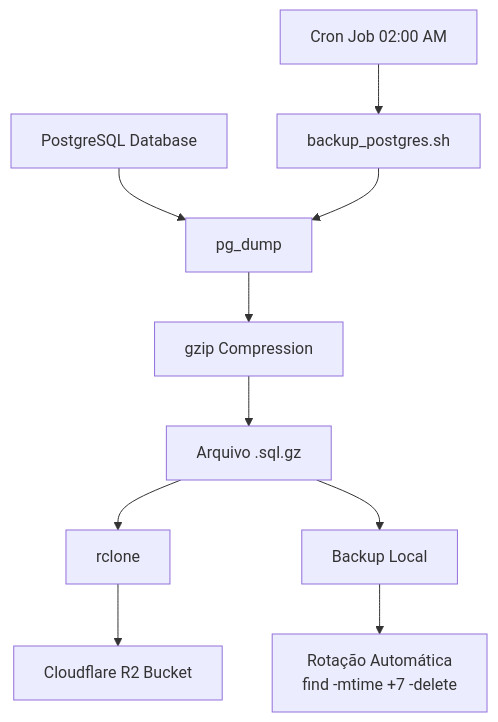
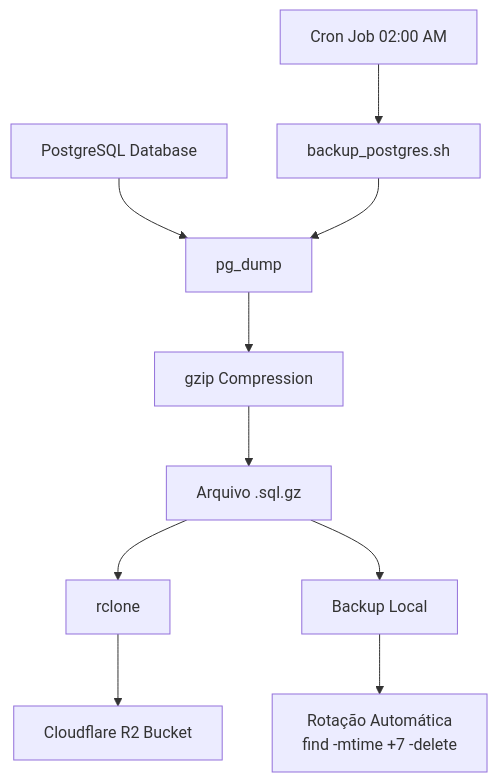
One commit to Thaysmh/postgresql-cloudflare-r2-backup changed the diagram in README.md. Above: the diagram before and after it, drawn with Mermaid.

Commit message:
Configurando tamanho de fluxograma.

````diff
--- a/README.md
+++ b/README.md
@@ -34,15 +34,17 @@
 ```mermaid
+%%{init: {'flowchart': {'nodeSpacing': 50, 'rankSpacing': 60}} }%%
+
 flowchart TD
 
     A[PostgreSQL Database] --> B[pg_dump]
     B --> C[gzip Compression]
     C --> D[Arquivo .sql.gz]
     D --> E[rclone]
     E --> F[Cloudflare R2 Bucket]
 
     D --> G[Backup Local]
     G --> H[Rotação Automática<br/>find -mtime +7 -delete]
 
     I[Cron Job 02:00 AM] --> J[backup_postgres.sh]
     J --> B
 ```
````
